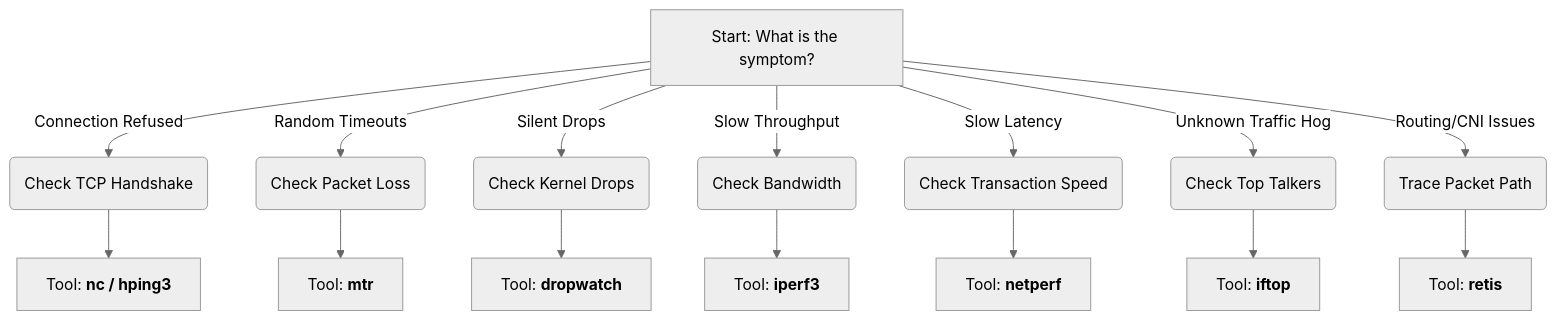
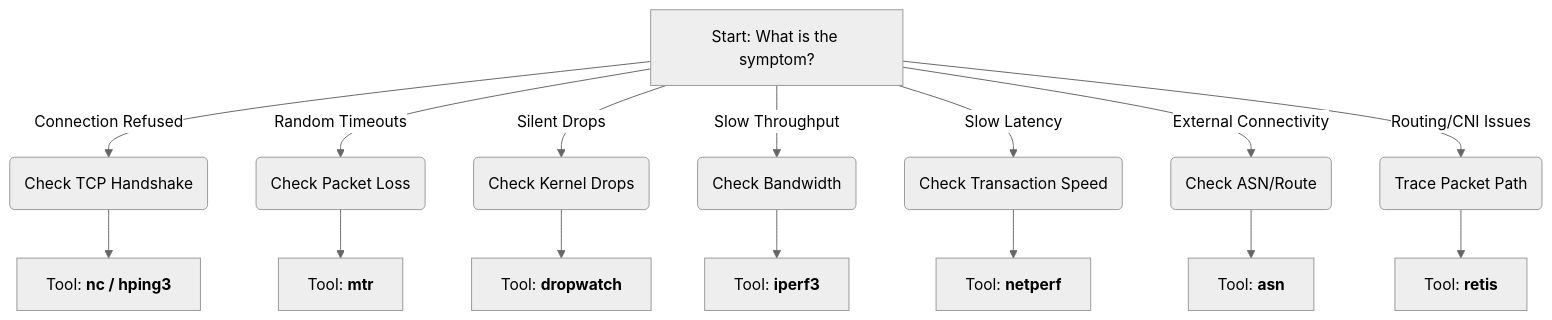
The diagram in README.md (maciu10/net-kunai), drawn with Mermaid (neutral theme) before and after one commit. The commit also changed other lines of this file, not shown here.

````diff
--- a/README.md
+++ b/README.md
@@ -160,19 +184,19 @@
 ```mermaid
 graph TD
     A[Start: What is the symptom?] -->|Connection Refused| B(Check TCP Handshake)
     A -->|Random Timeouts| C(Check Packet Loss)
     A -->|Silent Drops| D(Check Kernel Drops)
     A -->|Slow Throughput| E(Check Bandwidth)
     A -->|Slow Latency| F(Check Transaction Speed)
-    A -->|Unknown Traffic Hog| G(Check Top Talkers)
+    A -->|External Connectivity| G(Check ASN/Route)
     A -->|Routing/CNI Issues| H(Trace Packet Path)
     
     B --> I[Tool: <b>nc / hping3</b>]
     C --> J[Tool: <b>mtr</b>]
     D --> K[Tool: <b>dropwatch</b>]
     E --> L[Tool: <b>iperf3</b>]
     F --> M[Tool: <b>netperf</b>]
-    G --> N[Tool: <b>iftop</b>]
+    G --> N[Tool: <b>asn</b>]
     H --> O[Tool: <b>retis</b>]
 
 ```
````
